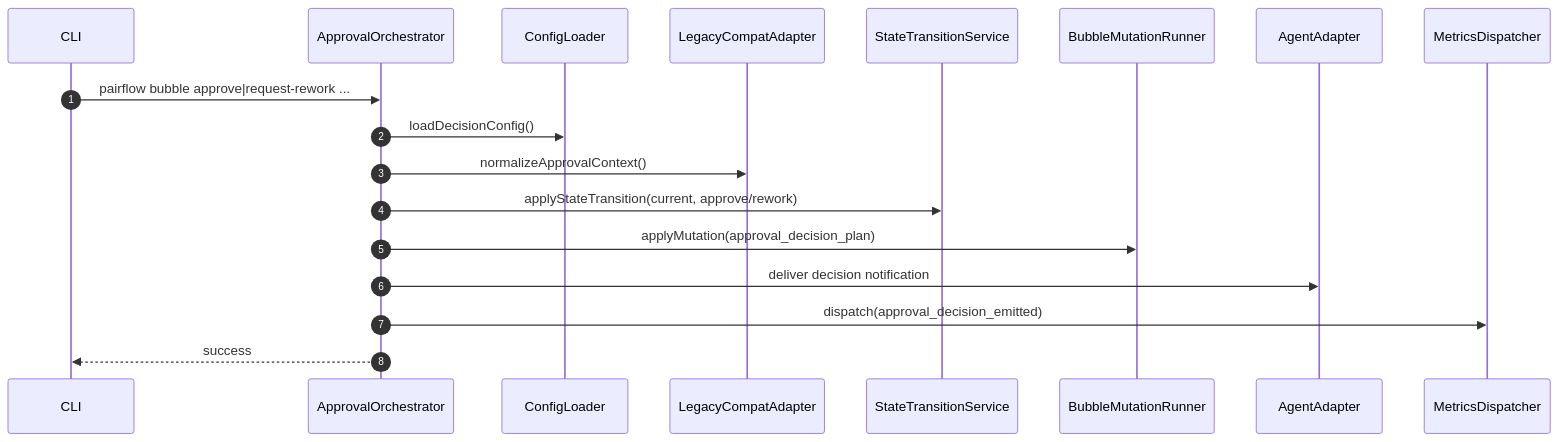
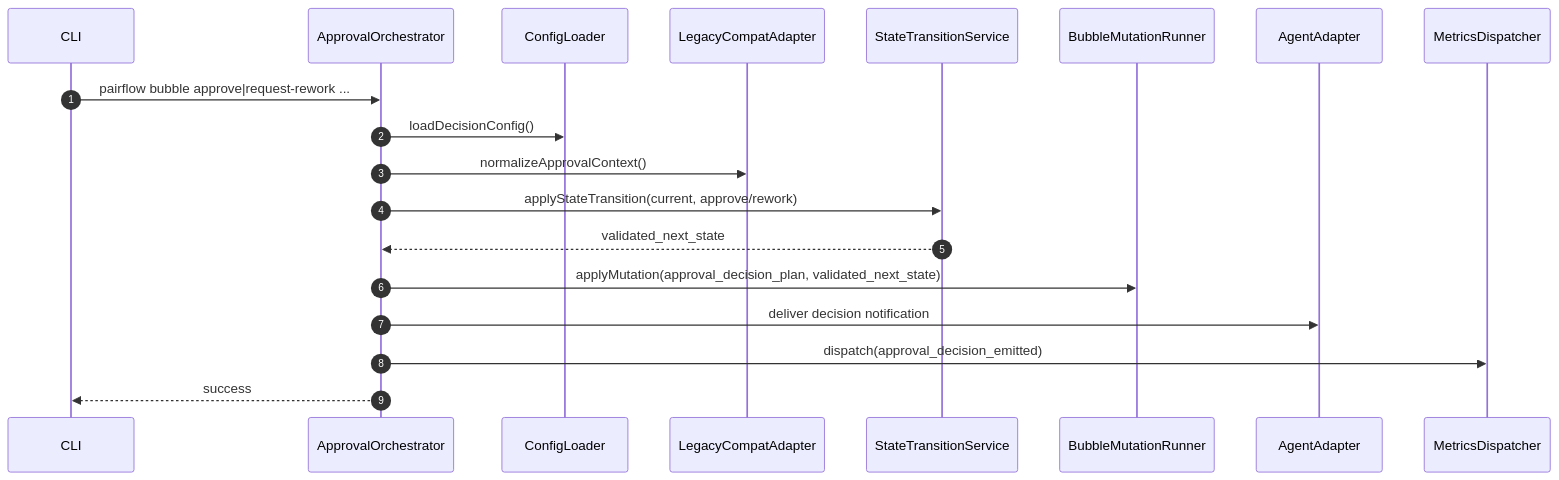
One commit to felho/pairflow changed the sixth of 8 diagrams in docs/v1.1-boundary-simplification/component-one-pagers/m0-component-visuals.md. Above: the diagram before and after it, drawn with Mermaid. The commit also changed other lines of this file and 4 other files, not shown here.

Commit message:
docs: formalize STS vs BMR ownership closure criteria

````diff
--- a/docs/v1.1-boundary-simplification/component-one-pagers/m0-component-visuals.md
+++ b/docs/v1.1-boundary-simplification/component-one-pagers/m0-component-visuals.md
@@ -150,21 +152,22 @@
 ```mermaid
 sequenceDiagram
   autonumber
   participant CLI as CLI
   participant OR as ApprovalOrchestrator
   participant CFG as ConfigLoader
   participant LC as LegacyCompatAdapter
   participant STS as StateTransitionService
   participant BMR as BubbleMutationRunner
   participant AG as AgentAdapter
   participant MET as MetricsDispatcher
 
   CLI->>OR: pairflow bubble approve|request-rework ...
   OR->>CFG: loadDecisionConfig()
   OR->>LC: normalizeApprovalContext()
   OR->>STS: applyStateTransition(current, approve/rework)
-  OR->>BMR: applyMutation(approval_decision_plan)
+  STS-->>OR: validated_next_state
+  OR->>BMR: applyMutation(approval_decision_plan, validated_next_state)
   OR->>AG: deliver decision notification
   OR->>MET: dispatch(approval_decision_emitted)
   OR-->>CLI: success
 ```
````
